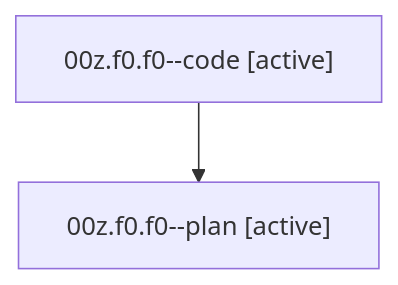
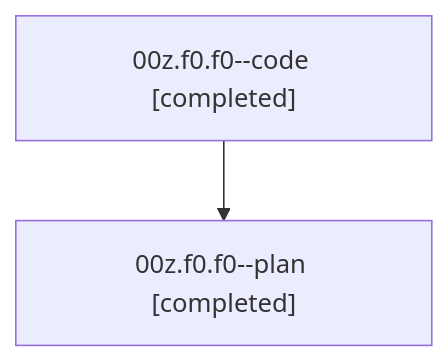
One commit to sase-org/sase--agents changed the diagram in families/bbugyi200.athena.00z.f0.f0.md. Above: the diagram before and after it, drawn with Mermaid. The commit also changed other lines of this file and 52 other files, not shown here.

````diff
--- a/families/bbugyi200.athena.00z.f0.f0.md
+++ b/families/bbugyi200.athena.00z.f0.f0.md
@@ -9,6 +9,6 @@
 ```mermaid
 flowchart TD
-  n0["00z.f0.f0--code [active]"]
-  n1["00z.f0.f0--plan [active]"]
+  n0["00z.f0.f0--code [completed]"]
+  n1["00z.f0.f0--plan [completed]"]
   n0 --> n1
 ```
````
